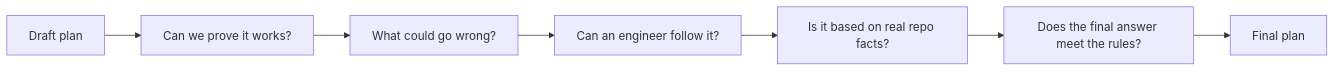
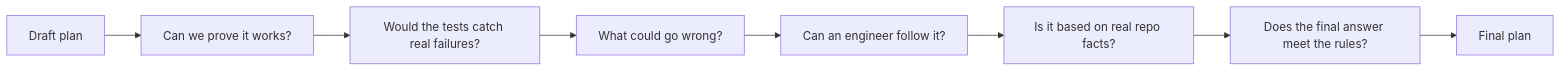
The third of 3 diagrams in .opencode/NON_TECH_AGENT_DEMO.md (Hugloss/agentsCookbook), drawn with Mermaid before and after one commit. The commit also changed other lines of this file and 47 other files, not shown here.

````diff
--- a/.opencode/NON_TECH_AGENT_DEMO.md
+++ b/.opencode/NON_TECH_AGENT_DEMO.md
@@ -76,9 +77,10 @@
 ```mermaid
 flowchart LR
     Plan[Draft plan] --> Validation[Can we prove it works?]
-    Validation --> Risk[What could go wrong?]
+    Validation --> Coverage[Would the tests catch real failures?]
+    Coverage --> Risk[What could go wrong?]
     Risk --> Feasible[Can an engineer follow it?]
     Feasible --> Facts[Is it based on real repo facts?]
     Facts --> Contract[Does the final answer meet the rules?]
     Contract --> Final[Final plan]
 ```
````
